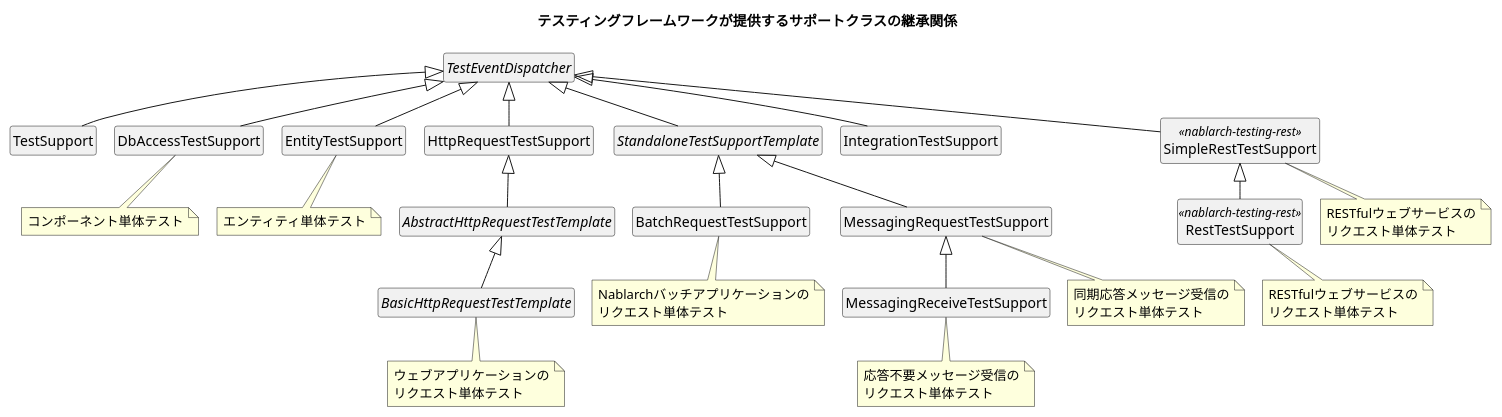
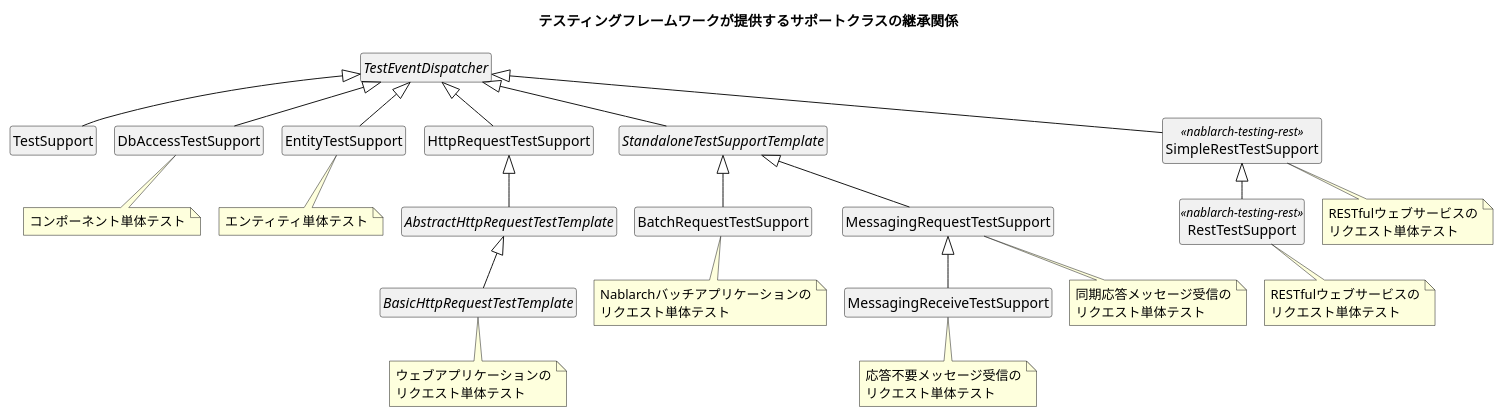
Before and after one commit to nablarch/nablarch-document: the diagram in ja/development_tools/testing_framework/about/images/index/test_support_class.puml, drawn with PlantUML. The commit also changed 9 other files, not shown here.

Commit message:
模擬レビュー 2 周目の是正（#87）: 導入に nablarch-testing-default-configuration、バッチ・MOM の設定先は diConfig のファイル、Excel/YAML 混在不可、cookie/queryParams の LIST_MAP の形、バッチの no の形式、バッチから固定長設定への導線、JUnit 4 の読む順、継承関係図から結合テスト用クラスを外す

```diff
--- a/ja/development_tools/testing_framework/about/images/index/test_support_class.puml
+++ b/ja/development_tools/testing_framework/about/images/index/test_support_class.puml
@@ -1,44 +1,42 @@
 @startuml
 !pragma layout smetana
 skinparam classAttributeIconSize 0
 skinparam shadowing false
 skinparam defaultFontName "Noto Sans JP"
 hide members
 hide circle
 title テスティングフレームワークが提供するサポートクラスの継承関係
 abstract class TestEventDispatcher
 class TestSupport
 class DbAccessTestSupport
 class EntityTestSupport
 class HttpRequestTestSupport
 abstract class AbstractHttpRequestTestTemplate
 abstract class BasicHttpRequestTestTemplate
 abstract class StandaloneTestSupportTemplate
 class BatchRequestTestSupport
 class MessagingRequestTestSupport
 class MessagingReceiveTestSupport
-class IntegrationTestSupport
 class SimpleRestTestSupport <<nablarch-testing-rest>>
 class RestTestSupport <<nablarch-testing-rest>>
 TestEventDispatcher <|-- TestSupport
 TestEventDispatcher <|-- DbAccessTestSupport
 TestEventDispatcher <|-- EntityTestSupport
 TestEventDispatcher <|-- HttpRequestTestSupport
 TestEventDispatcher <|-- StandaloneTestSupportTemplate
-TestEventDispatcher <|-- IntegrationTestSupport
 TestEventDispatcher <|-- SimpleRestTestSupport
 HttpRequestTestSupport <|-- AbstractHttpRequestTestTemplate
 AbstractHttpRequestTestTemplate <|-- BasicHttpRequestTestTemplate
 StandaloneTestSupportTemplate <|-- BatchRequestTestSupport
 StandaloneTestSupportTemplate <|-- MessagingRequestTestSupport
 MessagingRequestTestSupport <|-- MessagingReceiveTestSupport
 SimpleRestTestSupport <|-- RestTestSupport
 note bottom of BasicHttpRequestTestTemplate : ウェブアプリケーションの\nリクエスト単体テスト
 note bottom of RestTestSupport : RESTfulウェブサービスの\nリクエスト単体テスト
 note bottom of SimpleRestTestSupport : RESTfulウェブサービスの\nリクエスト単体テスト
 note bottom of BatchRequestTestSupport : Nablarchバッチアプリケーションの\nリクエスト単体テスト
 note bottom of MessagingRequestTestSupport : 同期応答メッセージ受信の\nリクエスト単体テスト
 note bottom of MessagingReceiveTestSupport : 応答不要メッセージ受信の\nリクエスト単体テスト
 note bottom of DbAccessTestSupport : コンポーネント単体テスト
 note bottom of EntityTestSupport : エンティティ単体テスト
 @enduml
```
